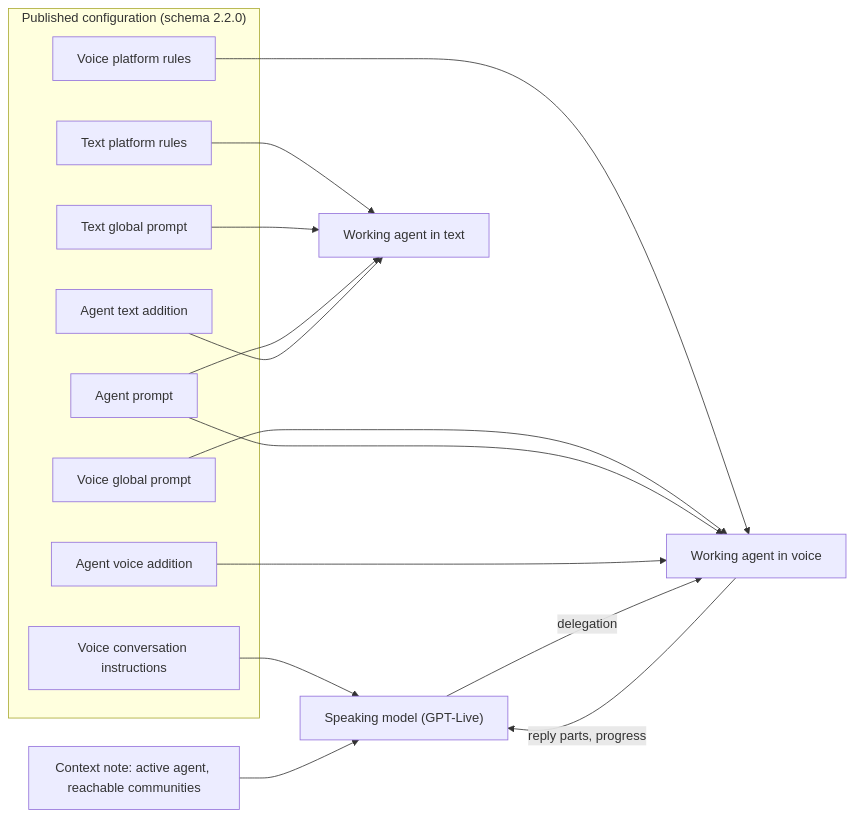
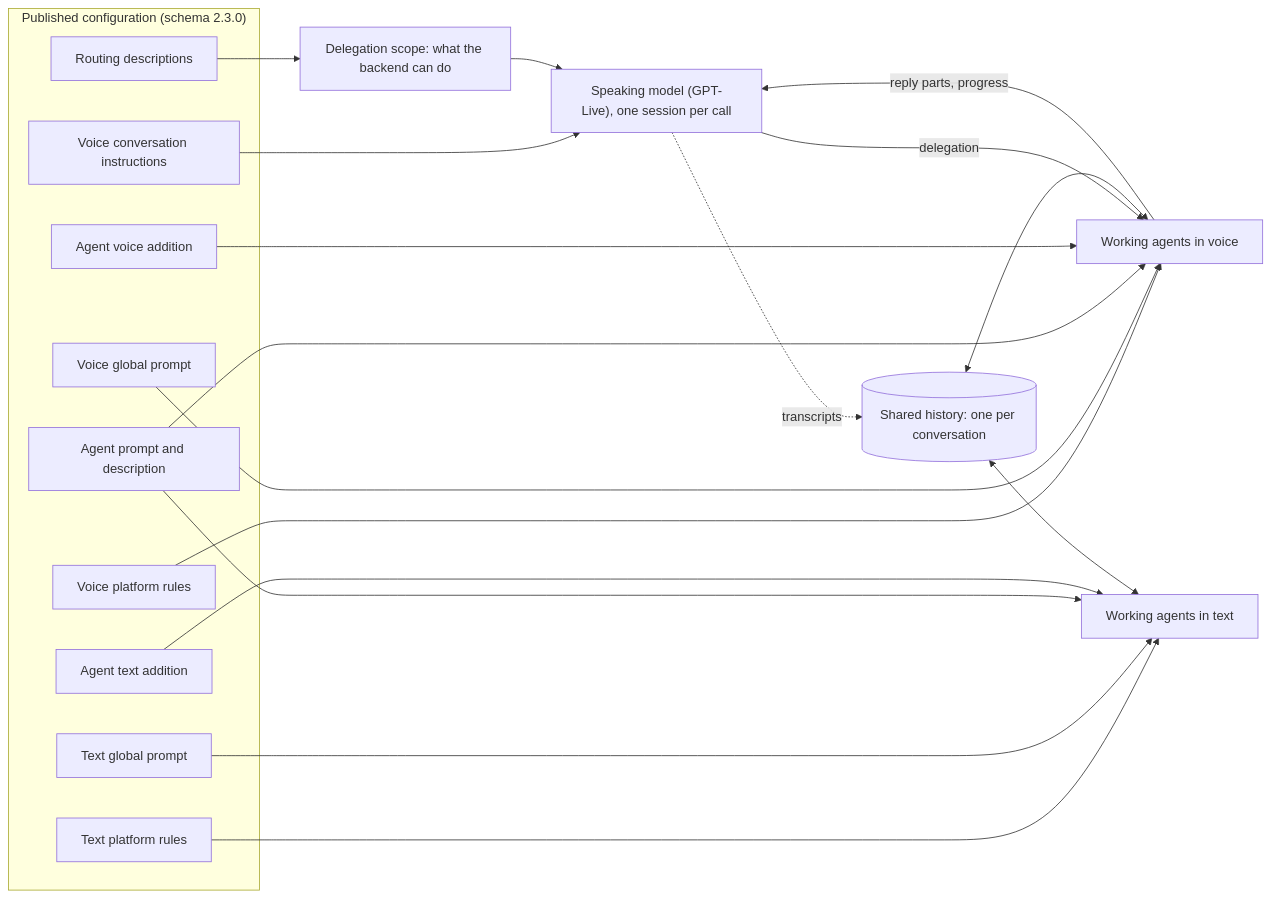
One commit to marvinbuss/caller-ai changed the second of 7 diagrams in docs/architecture.md. Above: the diagram before and after it, drawn with Mermaid. The commit also changed other lines of this file and 116 other files, not shown here.

Commit message:
feat: share the conversation history across agents (spec 007)

````diff
--- a/docs/architecture.md
+++ b/docs/architecture.md
@@ -52,25 +53,29 @@
 ```mermaid
 flowchart LR
-    subgraph Settings["Published configuration (schema 2.2.0)"]
+    subgraph Settings["Published configuration (schema 2.3.0)"]
         VI["Voice conversation instructions"]
         VR["Voice platform rules"]
         VG["Voice global prompt"]
         TR["Text platform rules"]
         TG["Text global prompt"]
-        AP["Agent prompt"]
+        AP["Agent prompt and description"]
         VA["Agent voice addition"]
         TA["Agent text addition"]
+        RD["Routing descriptions"]
     end
-    VI --> Live["Speaking model (GPT-Live)"]
-    Note["Context note: active agent, reachable communities"] --> Live
-    VR --> VoiceAgent["Working agent in voice"]
+    VI --> Live["Speaking model (GPT-Live), one session per call"]
+    RD --> Scope["Delegation scope: what the backend can do"] --> Live
+    VR --> VoiceAgent["Working agents in voice"]
     VG --> VoiceAgent
     AP --> VoiceAgent
     VA --> VoiceAgent
-    TR --> TextAgent["Working agent in text"]
+    TR --> TextAgent["Working agents in text"]
     TG --> TextAgent
     AP --> TextAgent
     TA --> TextAgent
     Live -- "delegation" --> VoiceAgent
     VoiceAgent -- "reply parts, progress" --> Live
+    History[("Shared history: one per conversation")] <--> VoiceAgent
+    History <--> TextAgent
+    Live -. "transcripts" .-> History
 ```
````
